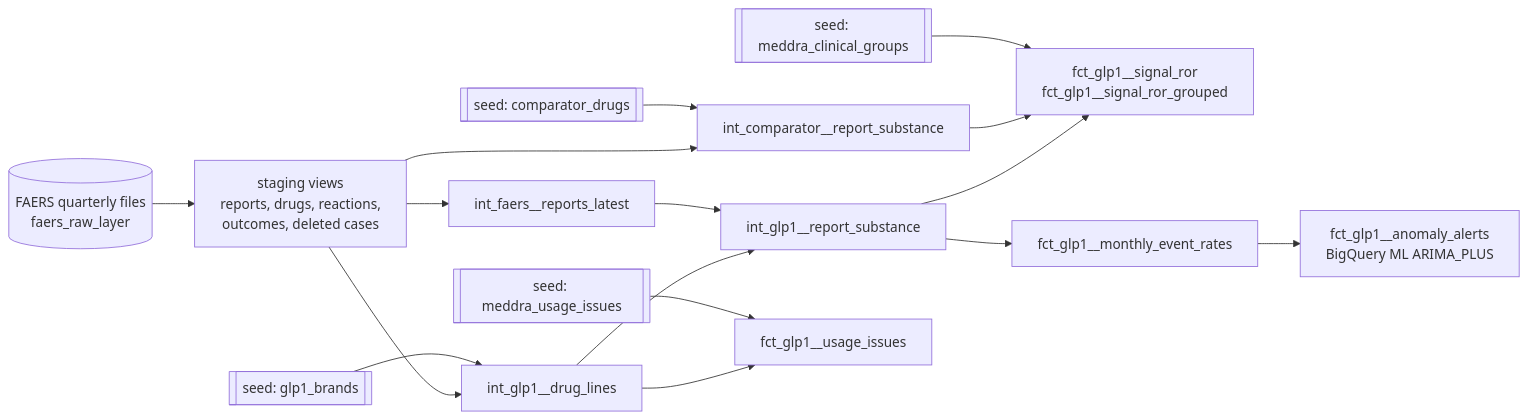
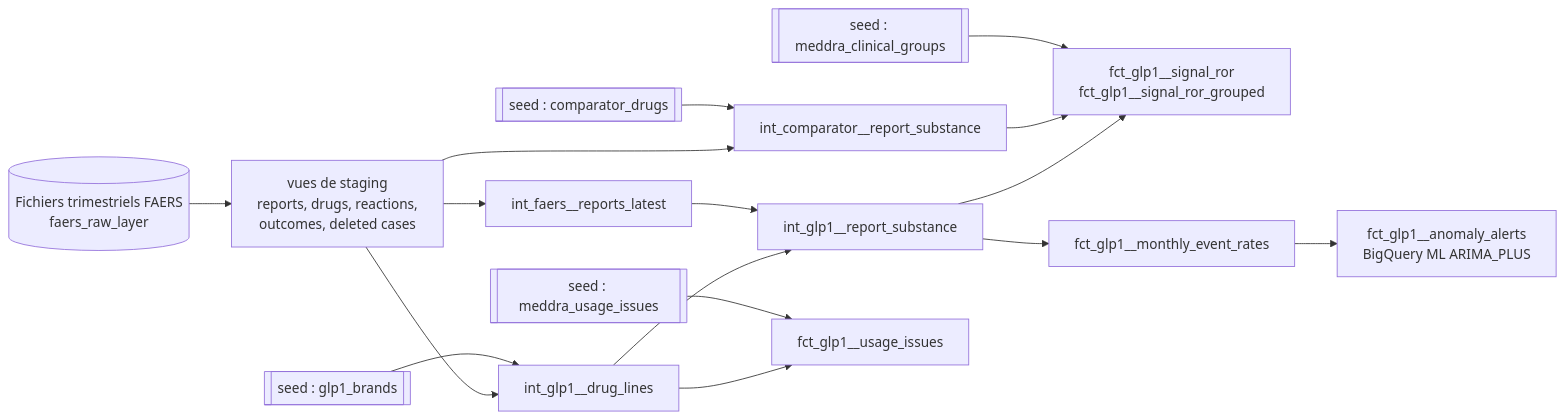
Before and after one commit to alexandradelverdier-cmd/glp1: the diagram in README.md, drawn with Mermaid. The commit also changed other lines of this file, not shown here.

````diff
--- a/README.md
+++ b/README.md
@@ -87,18 +89,18 @@
 ```mermaid
 flowchart LR
-    raw[(FAERS quarterly files<br/>faers_raw_layer)] --> stg[staging views<br/>reports, drugs, reactions,<br/>outcomes, deleted cases]
+    raw[(Fichiers trimestriels FAERS<br/>faers_raw_layer)] --> stg[vues de staging<br/>reports, drugs, reactions,<br/>outcomes, deleted cases]
     stg --> latest[int_faers__reports_latest]
     stg --> lines[int_glp1__drug_lines]
-    seeds1[[seed: glp1_brands]] --> lines
+    seeds1[[seed : glp1_brands]] --> lines
     lines --> subst[int_glp1__report_substance]
     latest --> subst
     stg --> comp[int_comparator__report_substance]
-    seeds2[[seed: comparator_drugs]] --> comp
+    seeds2[[seed : comparator_drugs]] --> comp
     subst --> ror[fct_glp1__signal_ror<br/>fct_glp1__signal_ror_grouped]
     comp --> ror
-    seeds3[[seed: meddra_clinical_groups]] --> ror
+    seeds3[[seed : meddra_clinical_groups]] --> ror
     lines --> usage[fct_glp1__usage_issues]
-    seeds4[[seed: meddra_usage_issues]] --> usage
+    seeds4[[seed : meddra_usage_issues]] --> usage
     subst --> monthly[fct_glp1__monthly_event_rates]
     monthly --> alerts[fct_glp1__anomaly_alerts<br/>BigQuery ML ARIMA_PLUS]
 ```
````
